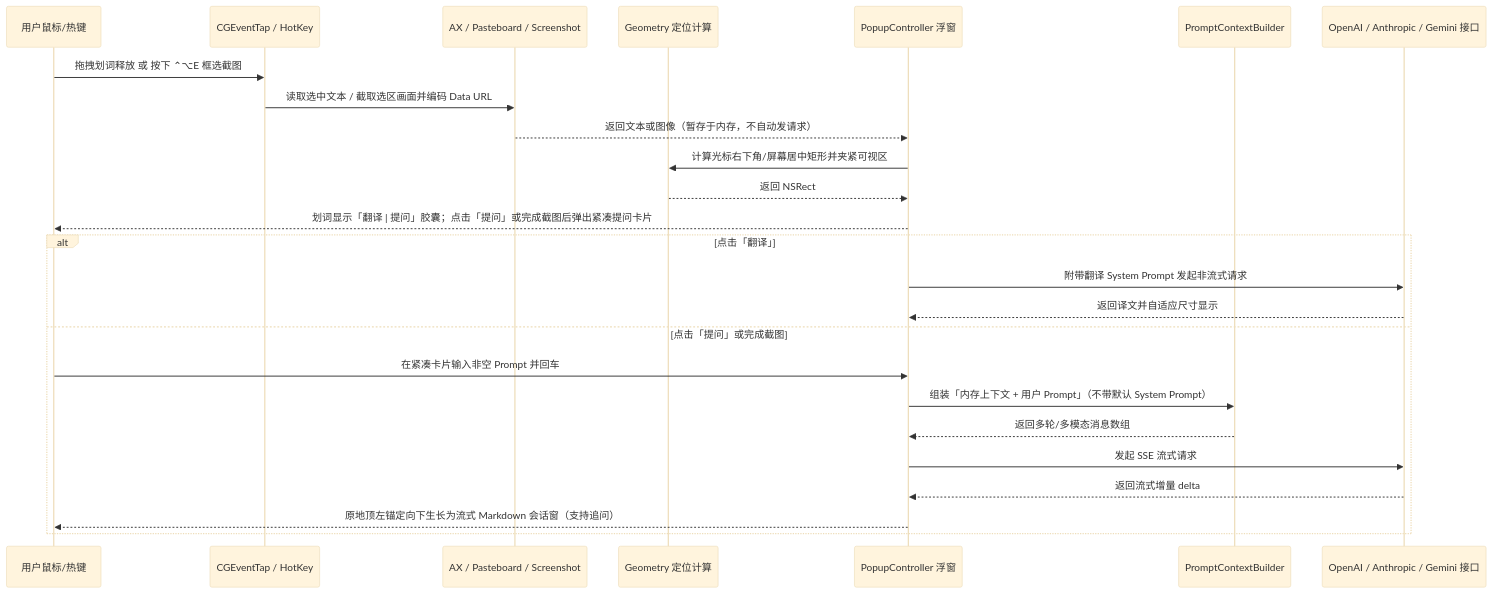
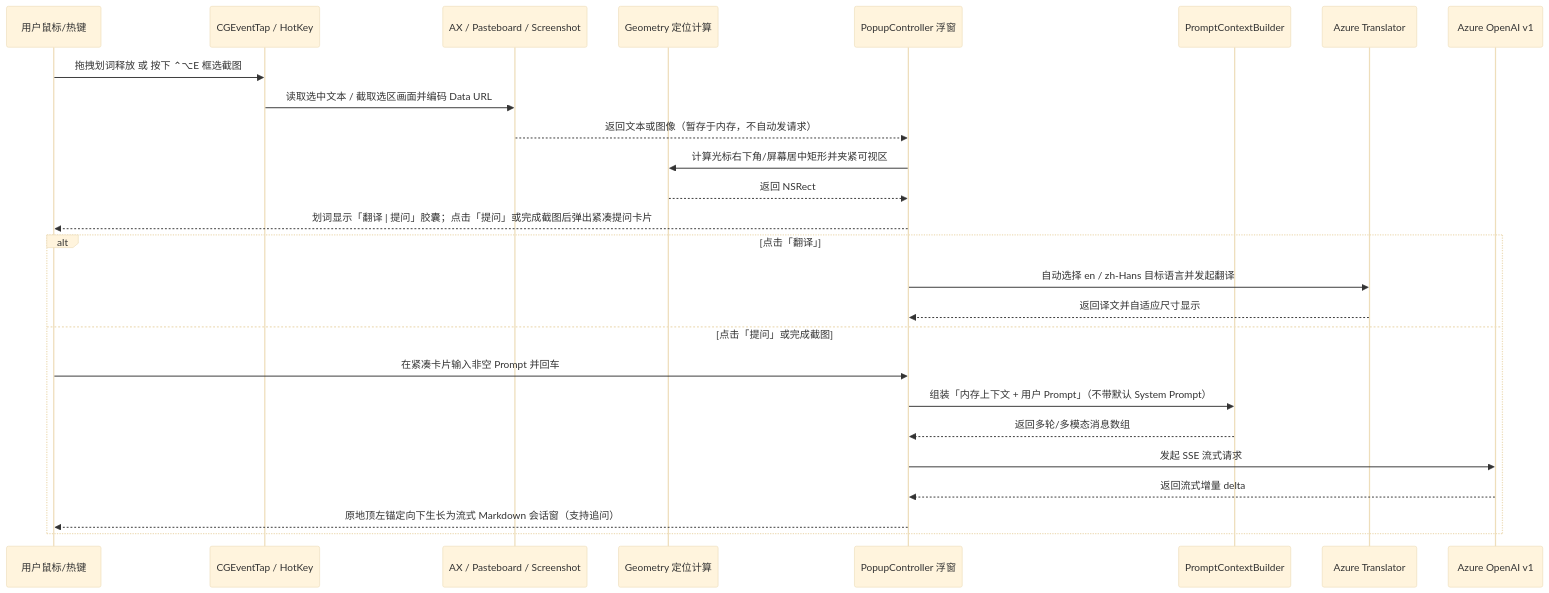
Before and after one commit to Sofiawuh/Glint: the second of 2 diagrams in docs/architecture/overview.md, drawn with Mermaid (base theme). The commit also changed other lines of this file and 7 other files, not shown here.

Commit message:
docs(azure): document dedicated Azure architecture

````diff
--- a/docs/architecture/overview.md
+++ b/docs/architecture/overview.md
@@ -30,28 +31,29 @@
 ```mermaid
 sequenceDiagram
     participant User as 用户鼠标/热键
     participant Tap as CGEventTap / HotKey
     participant Extractor as AX / Pasteboard / Screenshot
     participant Geo as Geometry 定位计算
     participant Popup as PopupController 浮窗
     participant Builder as PromptContextBuilder
-    participant API as OpenAI / Anthropic / Gemini 接口
+    participant Translator as Azure Translator
+    participant GPT as Azure OpenAI v1
 
     User->>Tap: 拖拽划词释放 或 按下 ⌃⌥E 框选截图
     Tap->>Extractor: 读取选中文本 / 截取选区画面并编码 Data URL
     Extractor-->>Popup: 返回文本或图像（暂存于内存，不自动发请求）
     Popup->>Geo: 计算光标右下角/屏幕居中矩形并夹紧可视区
     Geo-->>Popup: 返回 NSRect
     Popup-->>User: 划词显示「翻译 | 提问」胶囊；点击「提问」或完成截图后弹出紧凑提问卡片
     alt 点击「翻译」
-        Popup->>API: 附带翻译 System Prompt 发起非流式请求
-        API-->>Popup: 返回译文并自适应尺寸显示
+        Popup->>Translator: 自动选择 en / zh-Hans 目标语言并发起翻译
+        Translator-->>Popup: 返回译文并自适应尺寸显示
     else 点击「提问」或完成截图
         User->>Popup: 在紧凑卡片输入非空 Prompt 并回车
         Popup->>Builder: 组装「内存上下文 + 用户 Prompt」（不带默认 System Prompt）
         Builder-->>Popup: 返回多轮/多模态消息数组
-        Popup->>API: 发起 SSE 流式请求
-        API-->>Popup: 返回流式增量 delta
+        Popup->>GPT: 发起 SSE 流式请求
+        GPT-->>Popup: 返回流式增量 delta
         Popup-->>User: 原地顶左锚定向下生长为流式 Markdown 会话窗（支持追问）
     end
 ```
````
